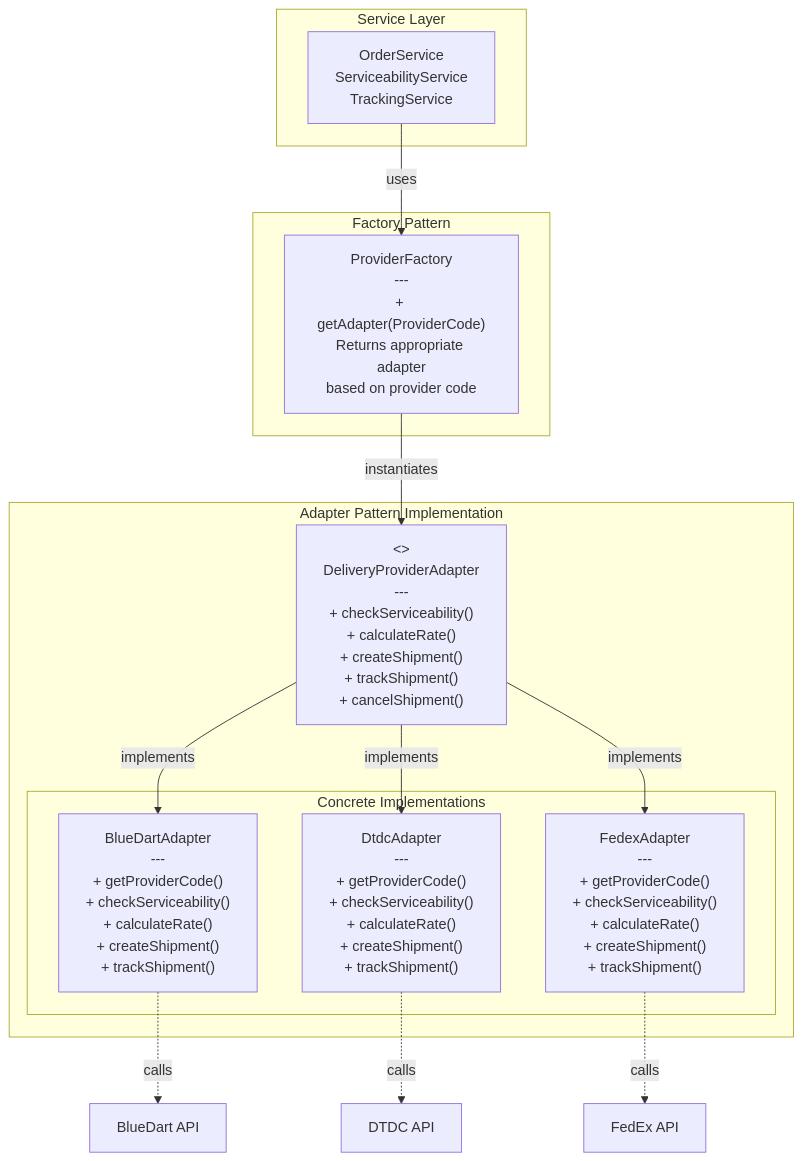
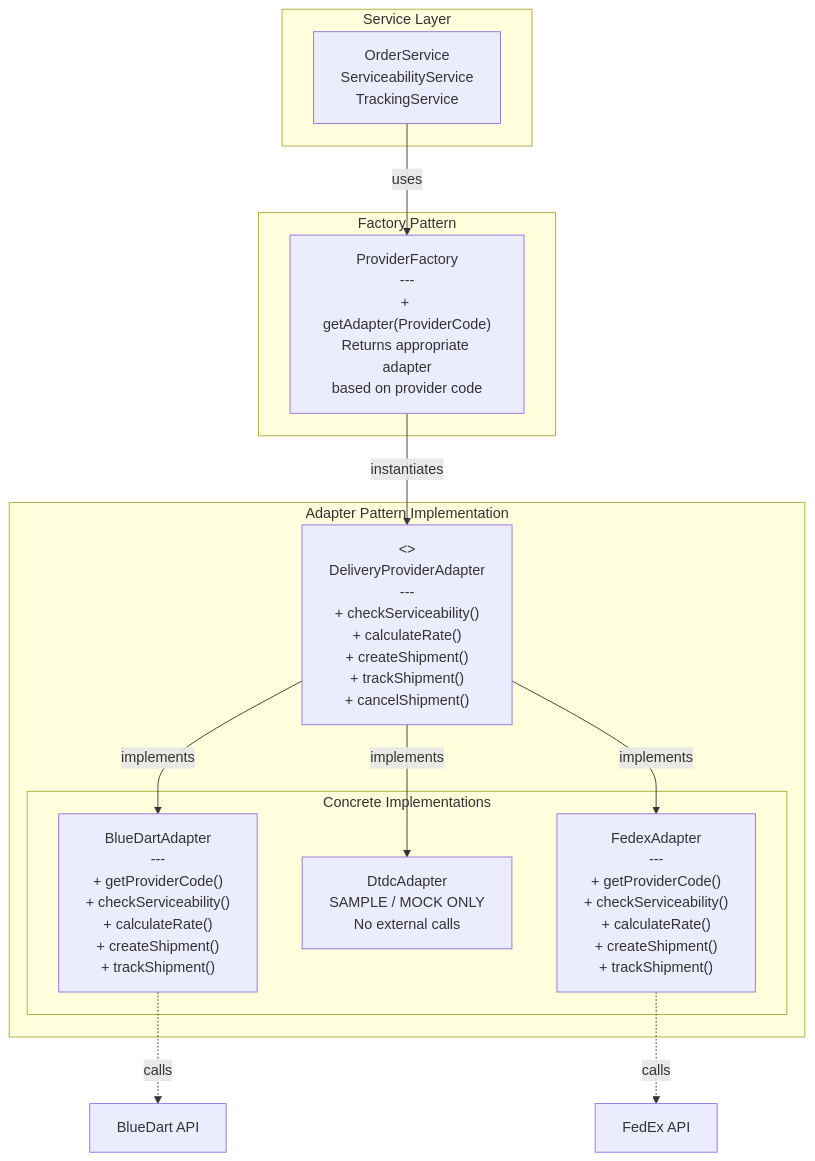
The third of 8 diagrams in ARCHITECTURE.md (amanxdeep/route-mind), drawn with Mermaid before and after one commit. The commit also changed other lines of this file and 10 other files, not shown here.

````diff
--- a/ARCHITECTURE.md
+++ b/ARCHITECTURE.md
@@ -128,30 +132,29 @@
 ```mermaid
 graph TB
     subgraph Client["Service Layer"]
         OrderService["OrderService<br/>ServiceabilityService<br/>TrackingService"]
     end
     
     subgraph AdapterPattern["Adapter Pattern Implementation"]
         AdapterInterface["<<Interface>><br/>DeliveryProviderAdapter<br/>---<br/>+ checkServiceability()<br/>+ calculateRate()<br/>+ createShipment()<br/>+ trackShipment()<br/>+ cancelShipment()"]
         
         subgraph Implementations["Concrete Implementations"]
             BlueDart["BlueDartAdapter<br/>---<br/>+ getProviderCode()<br/>+ checkServiceability()<br/>+ calculateRate()<br/>+ createShipment()<br/>+ trackShipment()"]
-            Dtdc["DtdcAdapter<br/>---<br/>+ getProviderCode()<br/>+ checkServiceability()<br/>+ calculateRate()<br/>+ createShipment()<br/>+ trackShipment()"]
+            Dtdc["DtdcAdapter<br/>SAMPLE / MOCK ONLY<br/>No external calls"]
             Fedex["FedexAdapter<br/>---<br/>+ getProviderCode()<br/>+ checkServiceability()<br/>+ calculateRate()<br/>+ createShipment()<br/>+ trackShipment()"]
         end
     end
     
     subgraph Factory["Factory Pattern"]
         ProviderFactory["ProviderFactory<br/>---<br/>+ getAdapter(ProviderCode)<br/>Returns appropriate adapter<br/>based on provider code"]
     end
     
     OrderService -->|uses| ProviderFactory
     ProviderFactory -->|instantiates| AdapterInterface
     AdapterInterface -->|implements| BlueDart
     AdapterInterface -->|implements| Dtdc
     AdapterInterface -->|implements| Fedex
     
     BlueDart -.->|calls| BlueDartAPI["BlueDart API"]
-    Dtdc -.->|calls| DtdcAPI["DTDC API"]
     Fedex -.->|calls| FedexAPI["FedEx API"]
 ```
````
